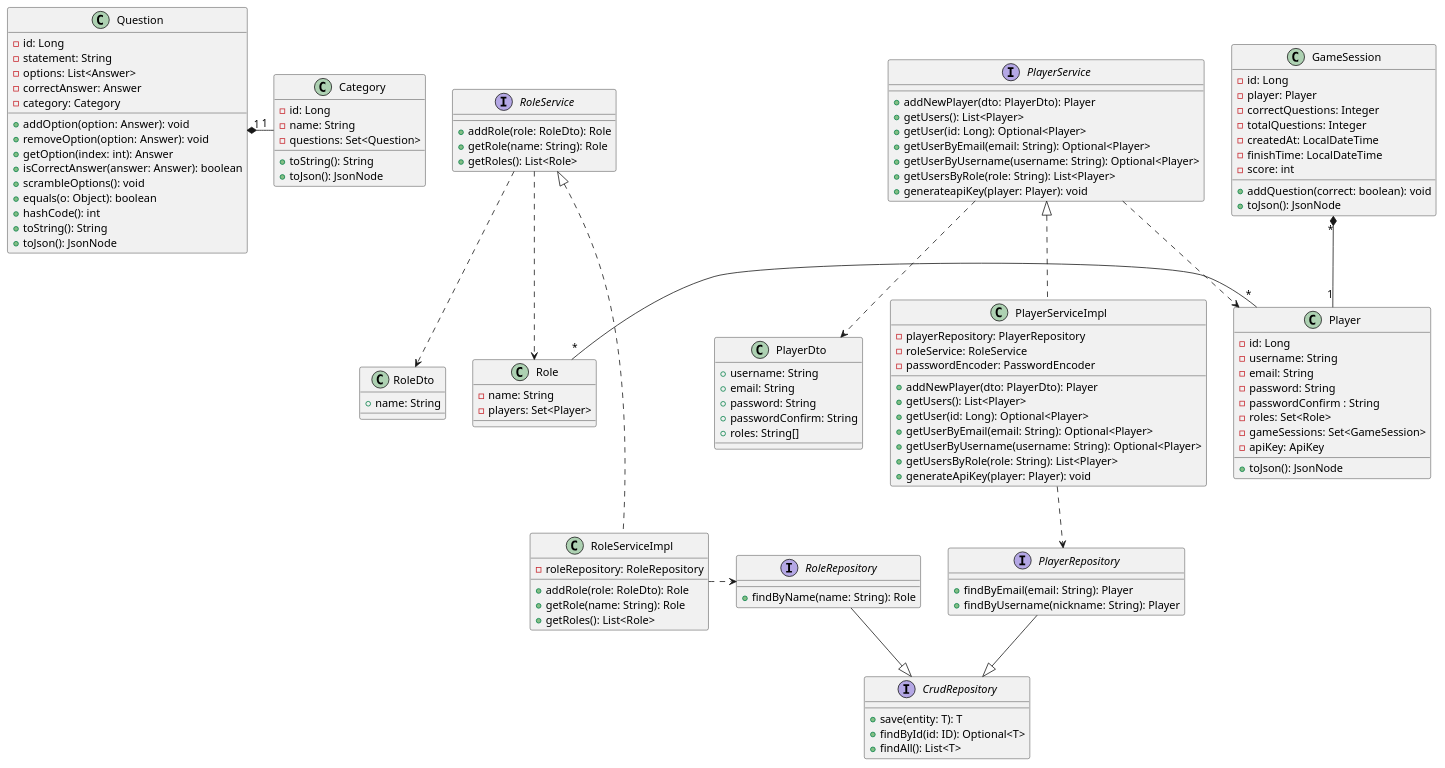
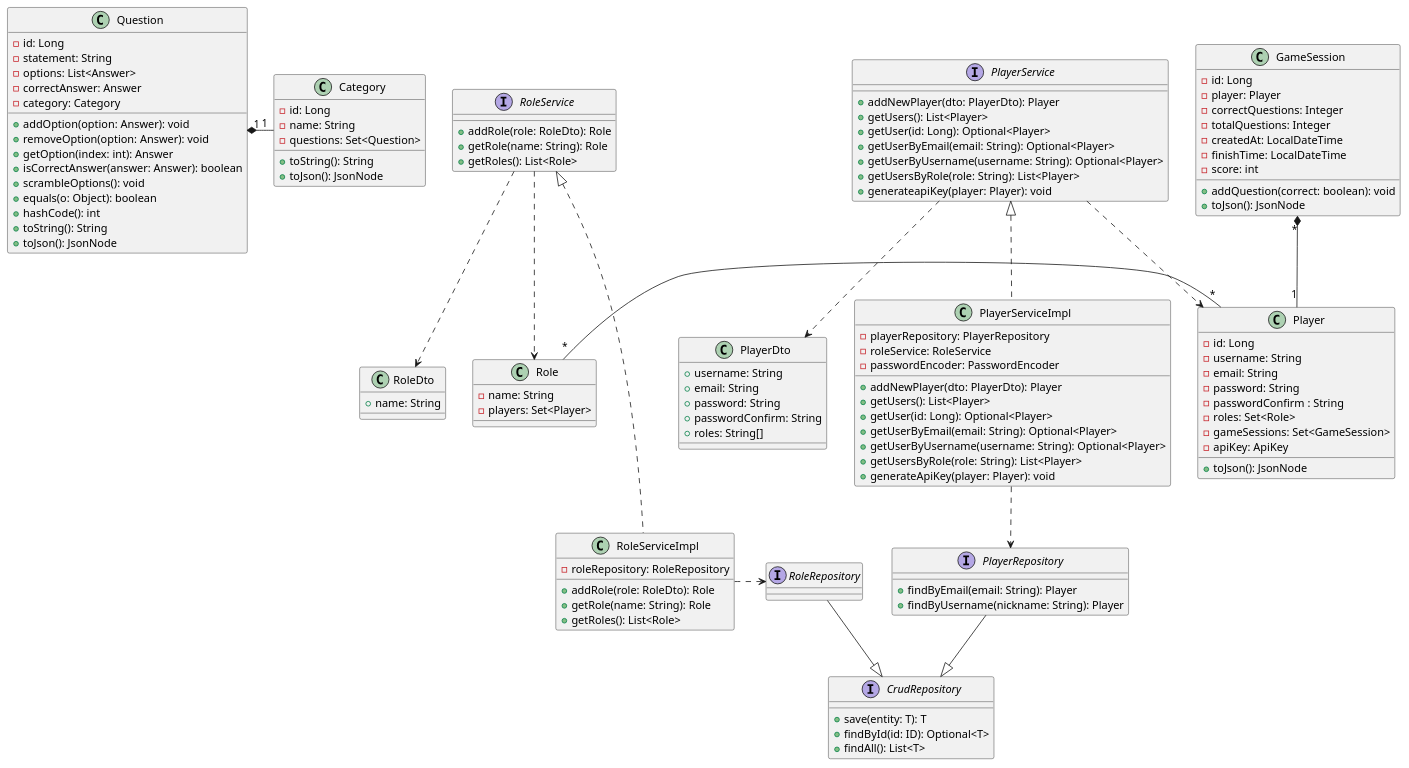
Before and after one commit to Arquisoft/wiq_es04b: the first of 2 diagrams in docs/src/08_concepts.adoc, drawn with PlantUML.

Commit message:
RoleRepository actualizado

```diff
--- a/docs/src/08_concepts.adoc
+++ b/docs/src/08_concepts.adoc
@@ -115,7 +115,6 @@
 }
 
 interface RoleRepository {
-    + findByName(name: String): Role
 }
 
 class PlayerDto {
```
